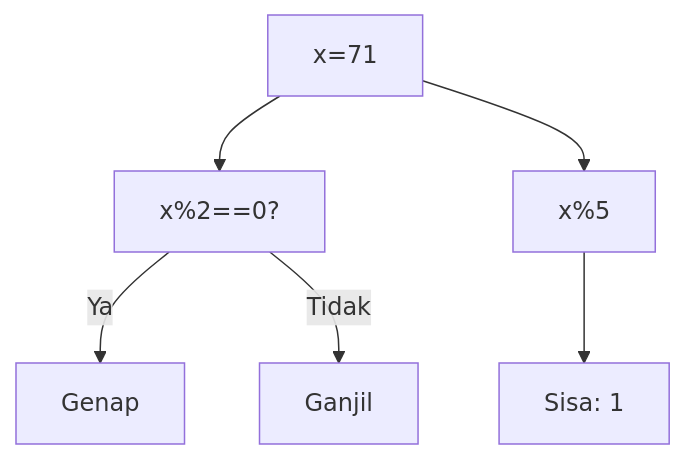
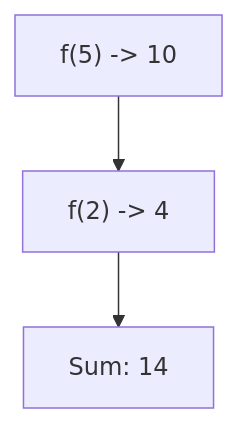
One commit to amnahwaida/OSNK_INF_PREP changed the second of 25 diagrams in part-c-pemahaman-cpp/04-fungsi/latihan/set-10.md. Above: the diagram before and after it, drawn with Mermaid. The commit also changed other lines of this file and 71 other files, not shown here.

````diff
--- a/part-c-pemahaman-cpp/04-fungsi/latihan/set-10.md
+++ b/part-c-pemahaman-cpp/04-fungsi/latihan/set-10.md
@@ -23,8 +47,5 @@
 ```mermaid
 graph TD
-A["x=71"] --> B["x%2==0?"]
-B -- Ya --> C["Genap"]
-B -- Tidak --> D["Ganjil"]
-A --> E["x%5"]
-E --> F["Sisa: 1"]
+A["f(5) -> 10"] --> B["f(2) -> 4"]
+B --> C["Sum: 14"]
 ```
````
